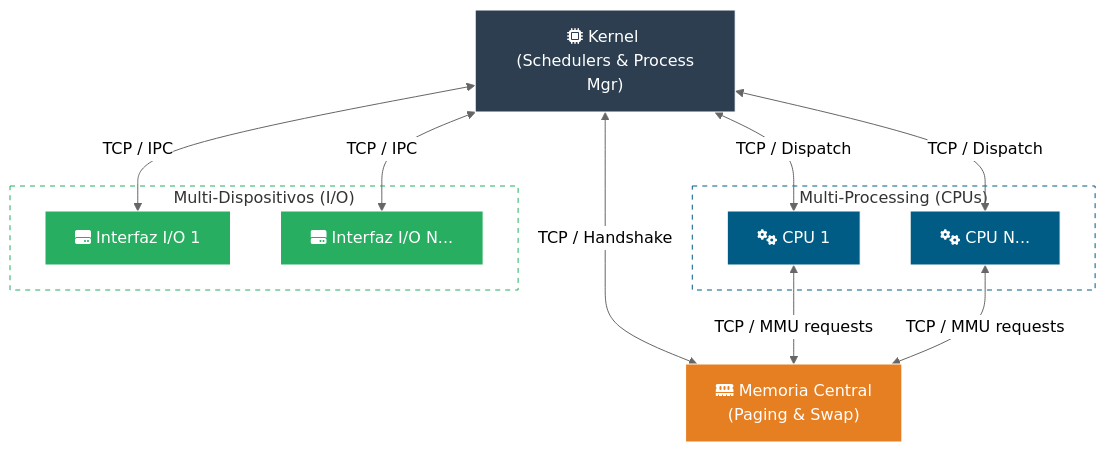
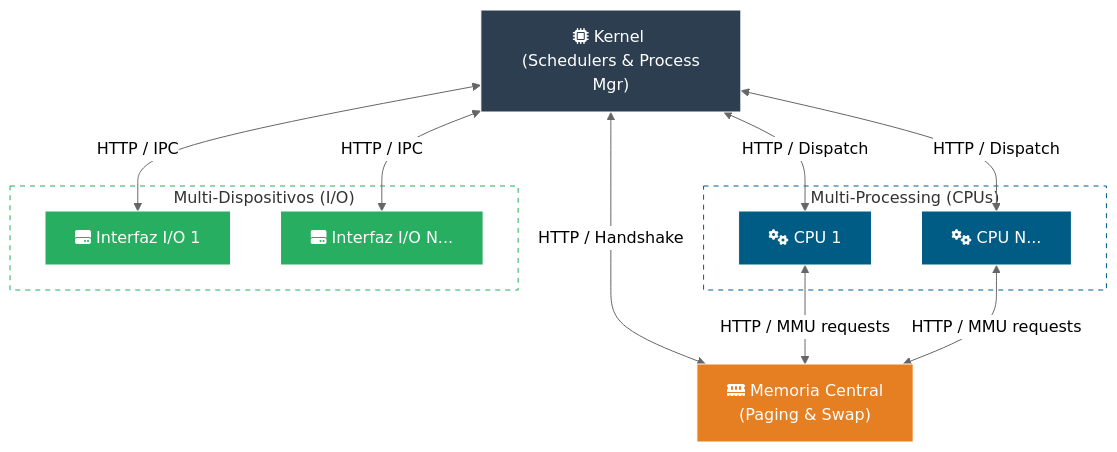
The diagram in README.md (tsorren/OS-Simulation-TP-SSOO), drawn with Mermaid (neutral theme) before and after one commit. The commit also changed other lines of this file, not shown here.

First line of the commit message:
README: comunicación HTTP con JSON en lugar de sockets TCP y protocolo binario

````diff
--- a/README.md
+++ b/README.md
@@ -50,33 +46,33 @@
 ```mermaid
 graph TD
     Kernel["fa:fa-microchip Kernel <br/> (Schedulers & Process Mgr)"]
     Memoria["fa:fa-memory Memoria Central <br/> (Paging & Swap)"]
     
     subgraph CPUs ["Multi-Processing (CPUs)"]
         CPU1["fa:fa-cogs CPU 1"]
         CPU_N["fa:fa-cogs CPU N..."]
     end
     
     subgraph IOs ["Multi-Dispositivos (I/O)"]
         IO1["fa:fa-hdd Interfaz I/O 1"]
         IO_N["fa:fa-hdd Interfaz I/O N..."]
     end
 
-    Kernel <-->|TCP / Dispatch| CPU1
-    Kernel <-->|TCP / Dispatch| CPU_N
-    Kernel <-->|TCP / Handshake| Memoria
-    Kernel <-->|TCP / IPC| IO1
-    Kernel <-->|TCP / IPC| IO_N
+    Kernel <-->|HTTP / Dispatch| CPU1
+    Kernel <-->|HTTP / Dispatch| CPU_N
+    Kernel <-->|HTTP / Handshake| Memoria
+    Kernel <-->|HTTP / IPC| IO1
+    Kernel <-->|HTTP / IPC| IO_N
     
-    CPU1 <-->|TCP / MMU requests| Memoria
-    CPU_N <-->|TCP / MMU requests| Memoria
+    CPU1 <-->|HTTP / MMU requests| Memoria
+    CPU_N <-->|HTTP / MMU requests| Memoria
 
     style Kernel fill:#2C3E50,stroke:#fff,color:#fff
     style CPU1 fill:#005C84,stroke:#fff,color:#fff
     style CPU_N fill:#005C84,stroke:#fff,color:#fff
     style Memoria fill:#E67E22,stroke:#fff,color:#fff
     style IO1 fill:#27AE60,stroke:#fff,color:#fff
     style IO_N fill:#27AE60,stroke:#fff,color:#fff
     style CPUs fill:none,stroke:#005C84,stroke-dasharray: 5 5
     style IOs fill:none,stroke:#27AE60,stroke-dasharray: 5 5
 ```
````
